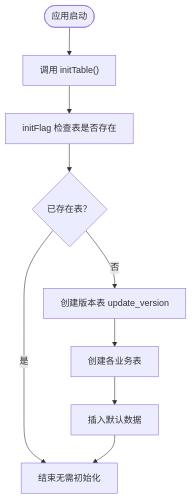
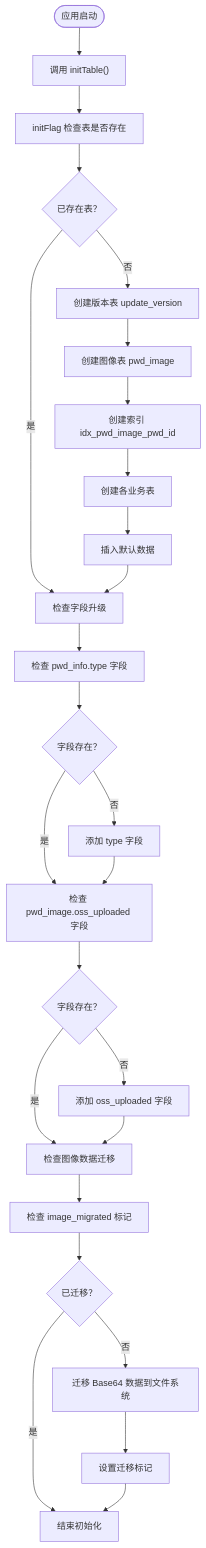
The fourth of 6 diagrams in .qoder/repowiki/zh/content/数据库系统/数据库系统.md (scgithub3220216/password-manager), drawn with Mermaid before and after one commit. The commit also changed other lines of this file and 17 other files, not shown here.

````diff
--- a/.qoder/repowiki/zh/content/数据库系统/数据库系统.md
+++ b/.qoder/repowiki/zh/content/数据库系统/数据库系统.md
@@ -196,11 +227,28 @@
 ```mermaid
 flowchart TD
 Start(["应用启动"]) --> CallInit["调用 initTable()"]
 CallInit --> CheckFlag["initFlag 检查表是否存在"]
 CheckFlag --> HasTables{"已存在表？"}
-HasTables --> |是| EndOK["结束无需初始化"]
+HasTables --> |是| CheckUpgrade["检查字段升级"]
 HasTables --> |否| CreateVersion["创建版本表 update_version"]
-CreateVersion --> CreateTable["创建各业务表"]
+CreateVersion --> CreateImage["创建图像表 pwd_image"]
+CreateImage --> CreateIndex["创建索引 idx_pwd_image_pwd_id"]
+CreateIndex --> CreateTable["创建各业务表"]
 CreateTable --> InsertDefault["插入默认数据"]
-InsertDefault --> EndOK
+InsertDefault --> CheckUpgrade
+CheckUpgrade --> CheckType["检查 pwd_info.type 字段"]
+CheckType --> TypeExists{"字段存在？"}
+TypeExists --> |否| AddType["添加 type 字段"]
+TypeExists --> |是| CheckOss["检查 pwd_image.oss_uploaded 字段"]
+AddType --> CheckOss
+CheckOss --> OssExists{"字段存在？"}
+OssExists --> |否| AddOss["添加 oss_uploaded 字段"]
+OssExists --> |是| CheckMigrate["检查图像数据迁移"]
+AddOss --> CheckMigrate
+CheckMigrate --> CheckFlag2["检查 image_migrated 标记"]
+CheckFlag2 --> Migrated{"已迁移？"}
+Migrated --> |否| MigrateData["迁移 Base64 数据到文件系统"]
+Migrated --> |是| EndOK["结束初始化"]
+MigrateData --> EnsureFlag["设置迁移标记"]
+EnsureFlag --> EndOK
 ```
````
